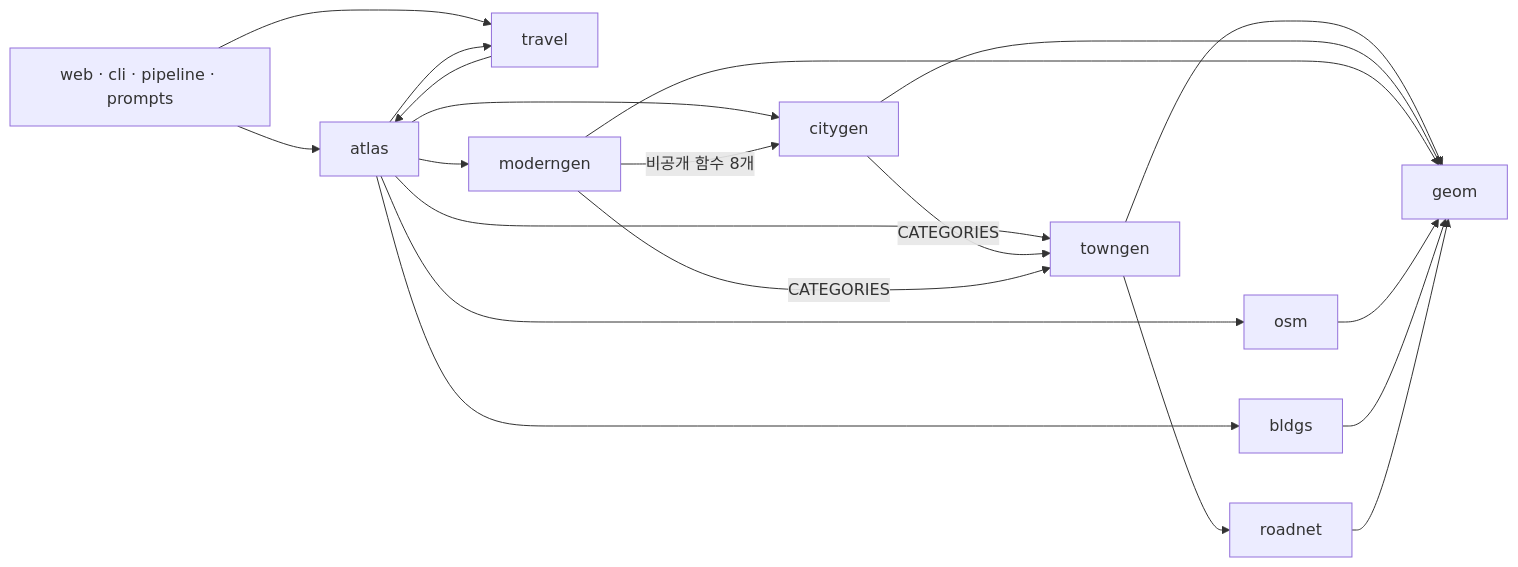
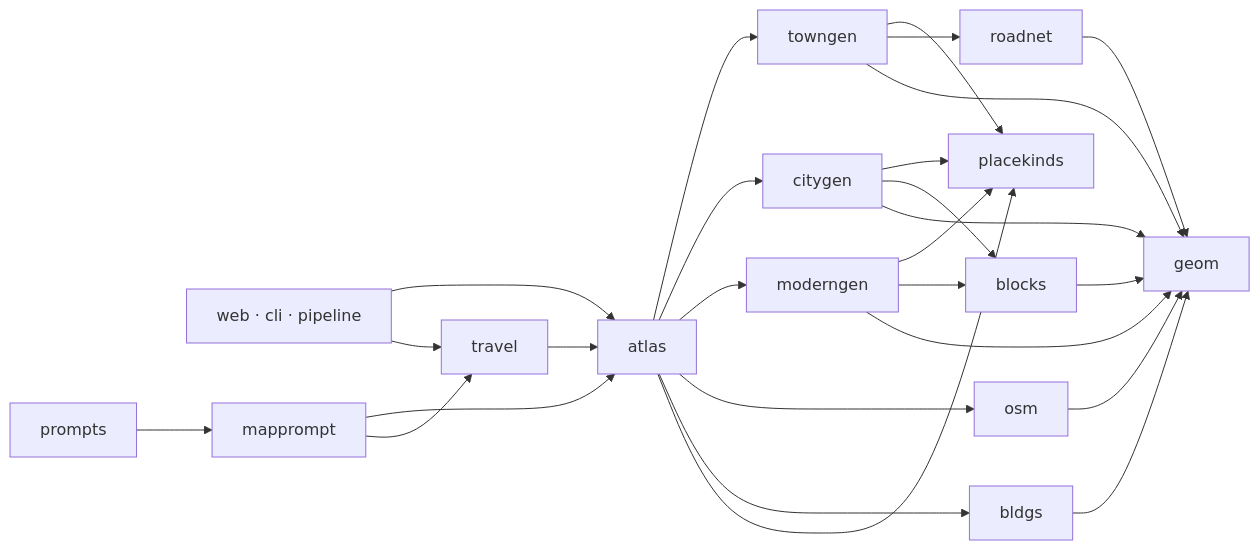
Before and after one commit to c10dev/canon: the first of 2 diagrams in docs/map/modules.md, drawn with Mermaid. The commit also changed other lines of this file and 4 other files, not shown here.

````diff
--- a/docs/map/modules.md
+++ b/docs/map/modules.md
@@ -33,13 +36,13 @@
 ```mermaid
 flowchart LR
-  outside["web · cli · pipeline · prompts"] --> atlas
+  outside["web · cli · pipeline"] --> atlas
   outside --> travel
-  atlas --> travel
+  prompts --> mapprompt
+  mapprompt --> atlas & travel
   travel --> atlas
-  atlas --> towngen & citygen & moderngen & osm & bldgs
-  citygen -- CATEGORIES --> towngen
-  moderngen -- CATEGORIES --> towngen
-  moderngen -- "비공개 함수 8개" --> citygen
+  atlas --> towngen & citygen & moderngen & osm & bldgs & placekinds
+  towngen & citygen & moderngen --> placekinds
+  citygen & moderngen --> blocks
   towngen --> roadnet
-  towngen & citygen & moderngen & osm & bldgs & roadnet --> geom
+  towngen & citygen & moderngen & osm & bldgs & roadnet & blocks --> geom
 ```
````
